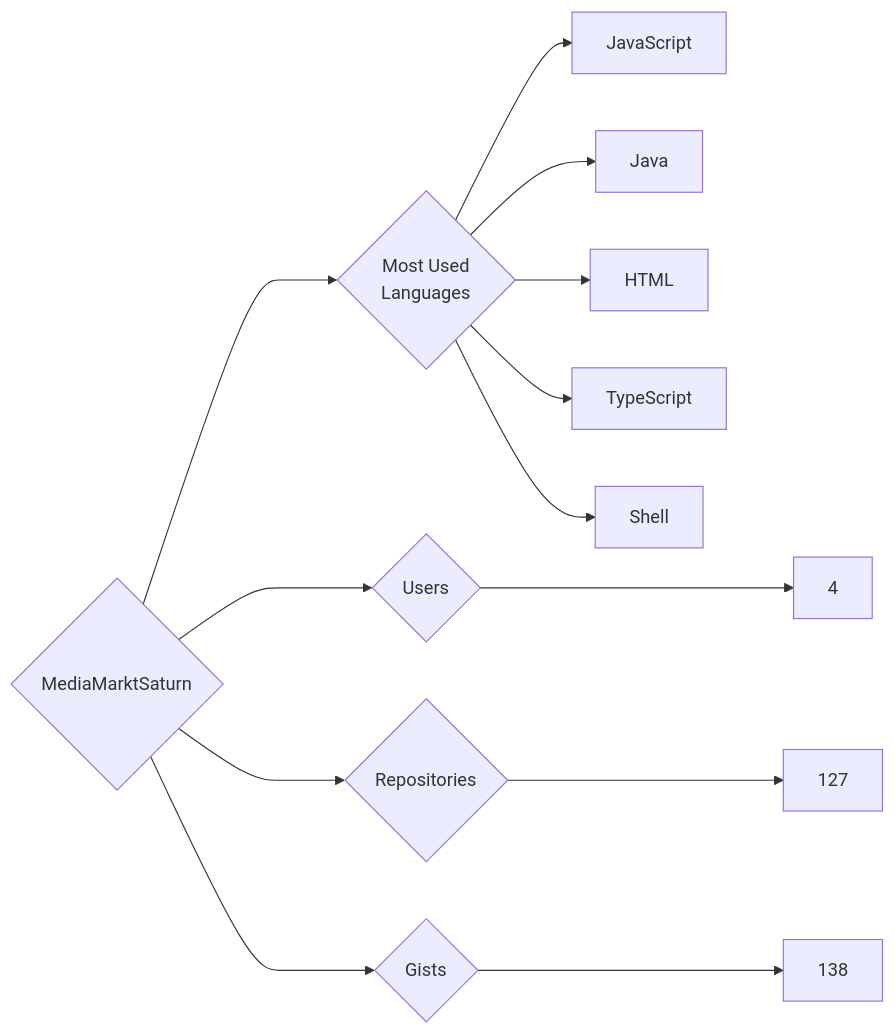
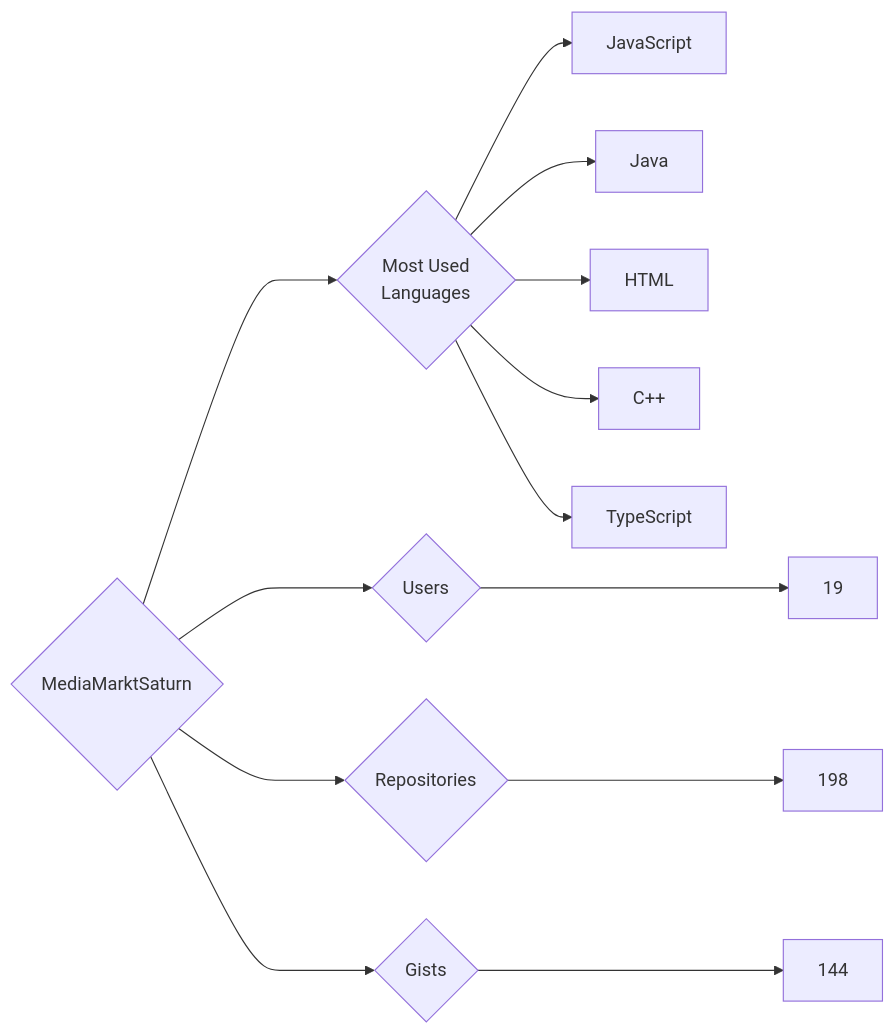
Before and after one commit to trickest/insiders: the diagram in targets/MediaMarktSaturn/README.md, drawn with Mermaid. The commit also changed 955 other files, not shown here.

````diff
--- a/targets/MediaMarktSaturn/README.md
+++ b/targets/MediaMarktSaturn/README.md
@@ -3,13 +3,13 @@
 ```mermaid
 graph LR
 COMPANY_NAME{MediaMarktSaturn}
-COMPANY_NAME ---> U{Users} ---> UN[4]
-COMPANY_NAME ---> R{Repositories} ---> RN[127]
-COMPANY_NAME ---> G{Gists} ---> GN[138]
+COMPANY_NAME ---> U{Users} ---> UN[19]
+COMPANY_NAME ---> R{Repositories} ---> RN[198]
+COMPANY_NAME ---> G{Gists} ---> GN[144]
 COMPANY_NAME ---> ML{Most Used<br>Languages}
 ML --> JavaScript[JavaScript]
 ML --> Java[Java]
 ML --> HTML[HTML]
+ML --> C++[C++]
 ML --> TypeScript[TypeScript]
-ML --> Shell[Shell]
 ```
````
